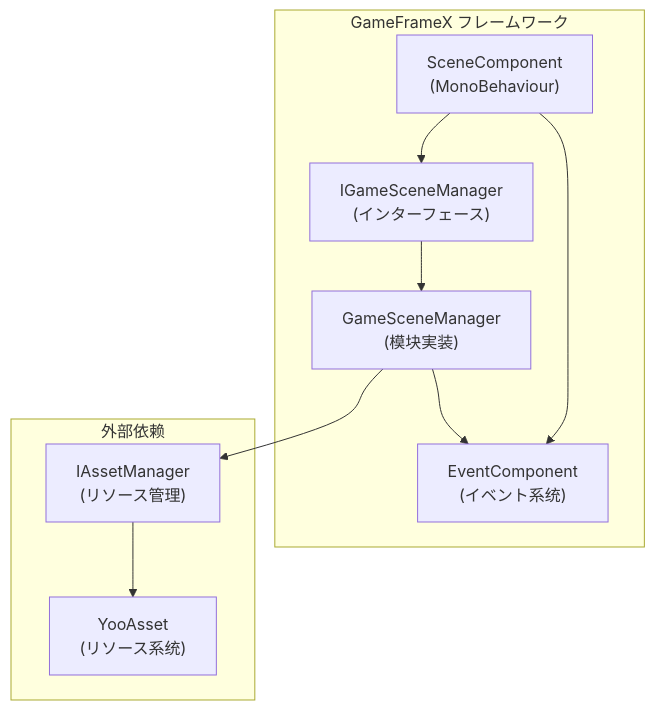
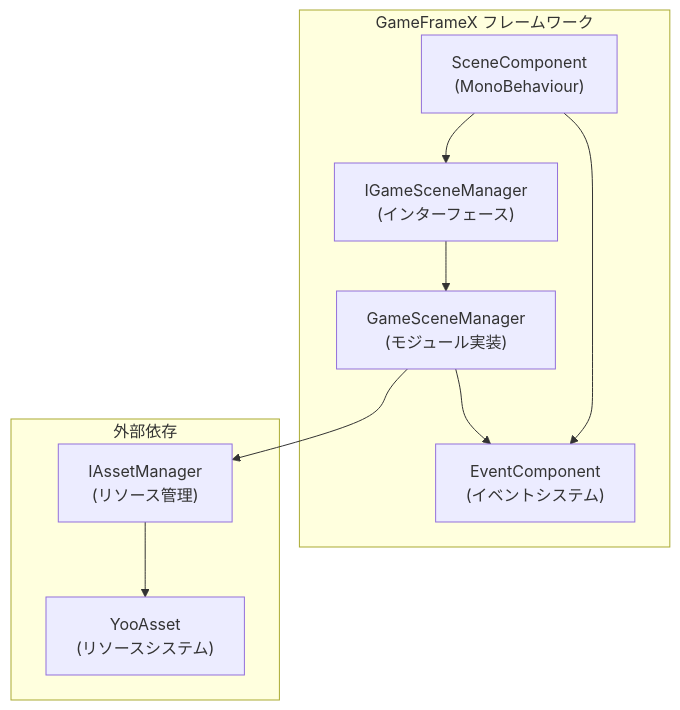
One commit to AlianBlank/GameFrameX.Docs changed the first of 5 diagrams in docs/ja/client/unity/component/scene/04.features.md. Above: the diagram before and after it, drawn with Mermaid. The commit also changed other lines of this file and 320 other files, not shown here.

````diff
--- a/docs/ja/client/unity/component/scene/04.features.md
+++ b/docs/ja/client/unity/component/scene/04.features.md
@@ -19,21 +19,21 @@
 ```mermaid
 flowchart TD
     subgraph GameFrameX["GameFrameX フレームワーク"]
         SceneComponent["SceneComponent<br/>(MonoBehaviour)"]
         IGameSceneManager["IGameSceneManager<br/>(インターフェース)"]
-        GameSceneManager["GameSceneManager<br/>(模块実装)"]
-        EventComponent["EventComponent<br/>(イベント系统)"]
+        GameSceneManager["GameSceneManager<br/>(モジュール実装)"]
+        EventComponent["EventComponent<br/>(イベントシステム)"]
     end
 
-    subgraph External["外部依赖"]
+    subgraph External["外部依存"]
         IAssetManager["IAssetManager<br/>(リソース管理)"]
-        YooAsset["YooAsset<br/>(リソース系统)"]
+        YooAsset["YooAsset<br/>(リソースシステム)"]
     end
 
     SceneComponent --> IGameSceneManager
     IGameSceneManager --> GameSceneManager
     GameSceneManager --> IAssetManager
     IAssetManager --> YooAsset
     GameSceneManager --> EventComponent
     SceneComponent --> EventComponent
 ```
````
